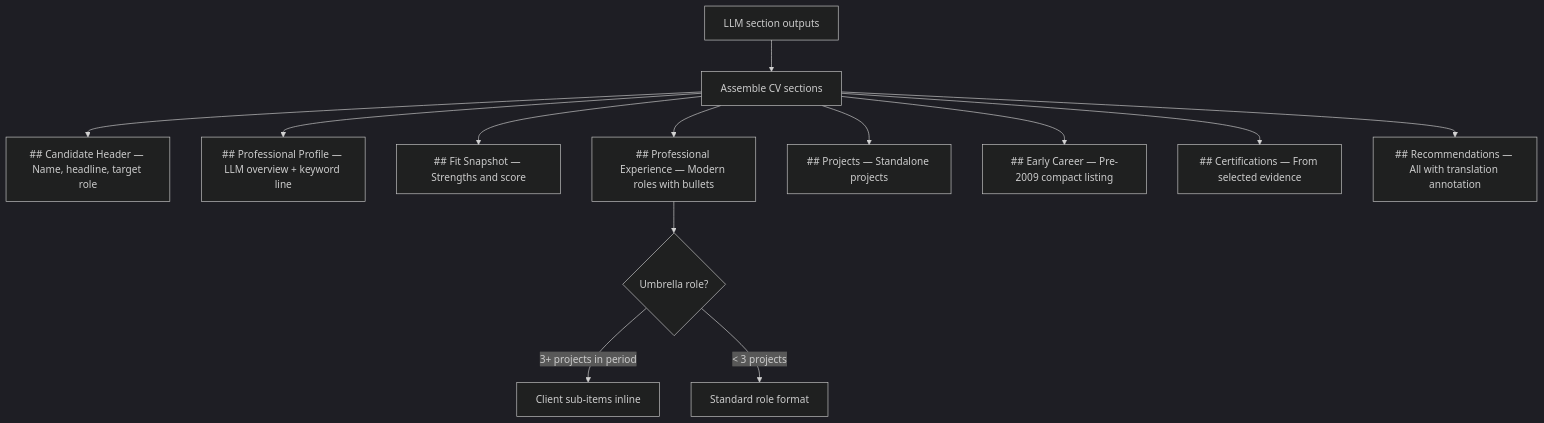
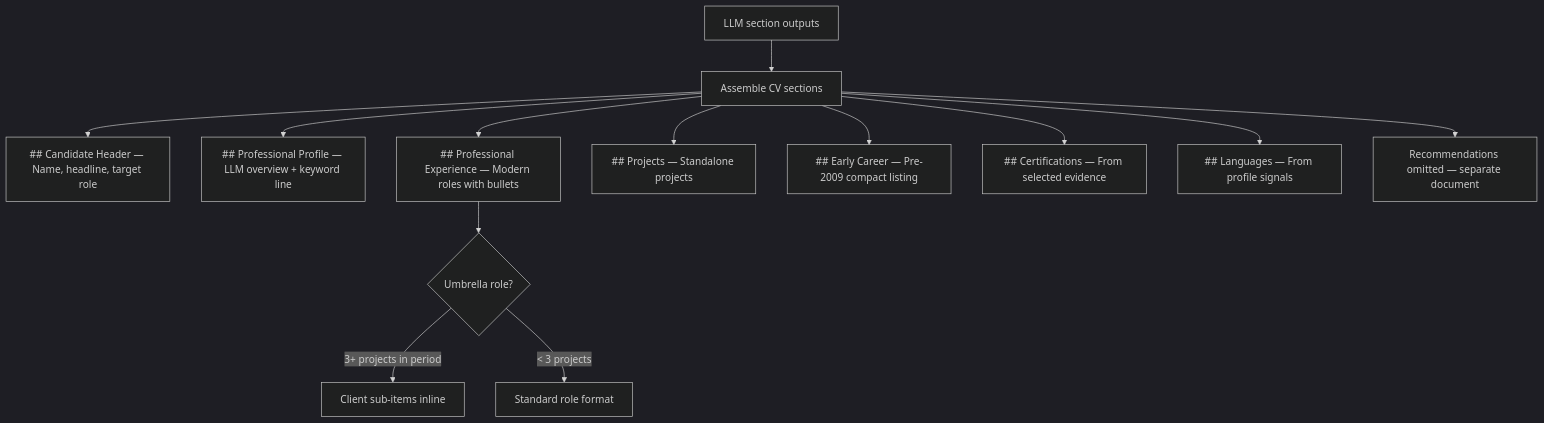
Before and after one commit to hennie42/li-jobber: diagram 16 of 20 in docs/details.md, drawn with Mermaid (dark theme). The commit also changed other lines of this file and 29 other files, not shown here.

````diff
--- a/docs/details.md
+++ b/docs/details.md
@@ -714,15 +714,15 @@
 ```mermaid
 graph TD
     A[LLM section outputs] --> B[Assemble CV sections]
     B --> C["## Candidate Header — Name, headline, target role"]
     B --> D["## Professional Profile — LLM overview + keyword line"]
-    B --> E["## Fit Snapshot — Strengths and score"]
     B --> F["## Professional Experience — Modern roles with bullets"]
     B --> G["## Projects — Standalone projects"]
     B --> H["## Early Career — Pre-2009 compact listing"]
     B --> I["## Certifications — From selected evidence"]
-    B --> J["## Recommendations — All with translation annotation"]
+    B --> J["## Languages — From profile signals"]
+    B --> N["Recommendations omitted — separate document"]
     F --> K{Umbrella role?}
     K -->|"3+ projects in period"| L[Client sub-items inline]
     K -->|"< 3 projects"| M[Standard role format]
 ```
````
